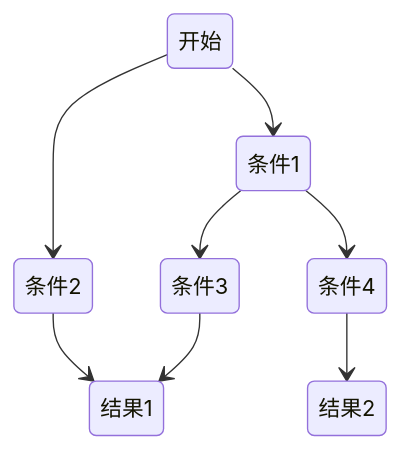
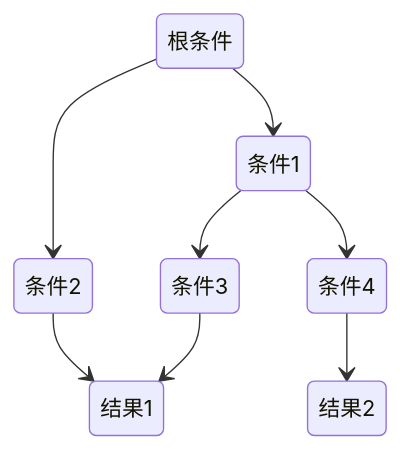
One commit to 0xcaffebabe/note changed the third of 3 diagrams in doc/数据技术/数据挖掘.md. Above: the diagram before and after it, drawn with Mermaid. The commit also changed other lines of this file, not shown here.

````diff
--- a/doc/数据技术/数据挖掘.md
+++ b/doc/数据技术/数据挖掘.md
@@ -181,10 +183,10 @@
 ```mermaid
 stateDiagram-v2
-    开始 --> 条件1
-    开始 --> 条件2
+    根条件 --> 条件1
+    根条件 --> 条件2
     条件1 --> 条件3
     条件1 --> 条件4
     条件3 --> 结果1
     条件4 --> 结果2
     条件2 --> 结果1
 ```
````
